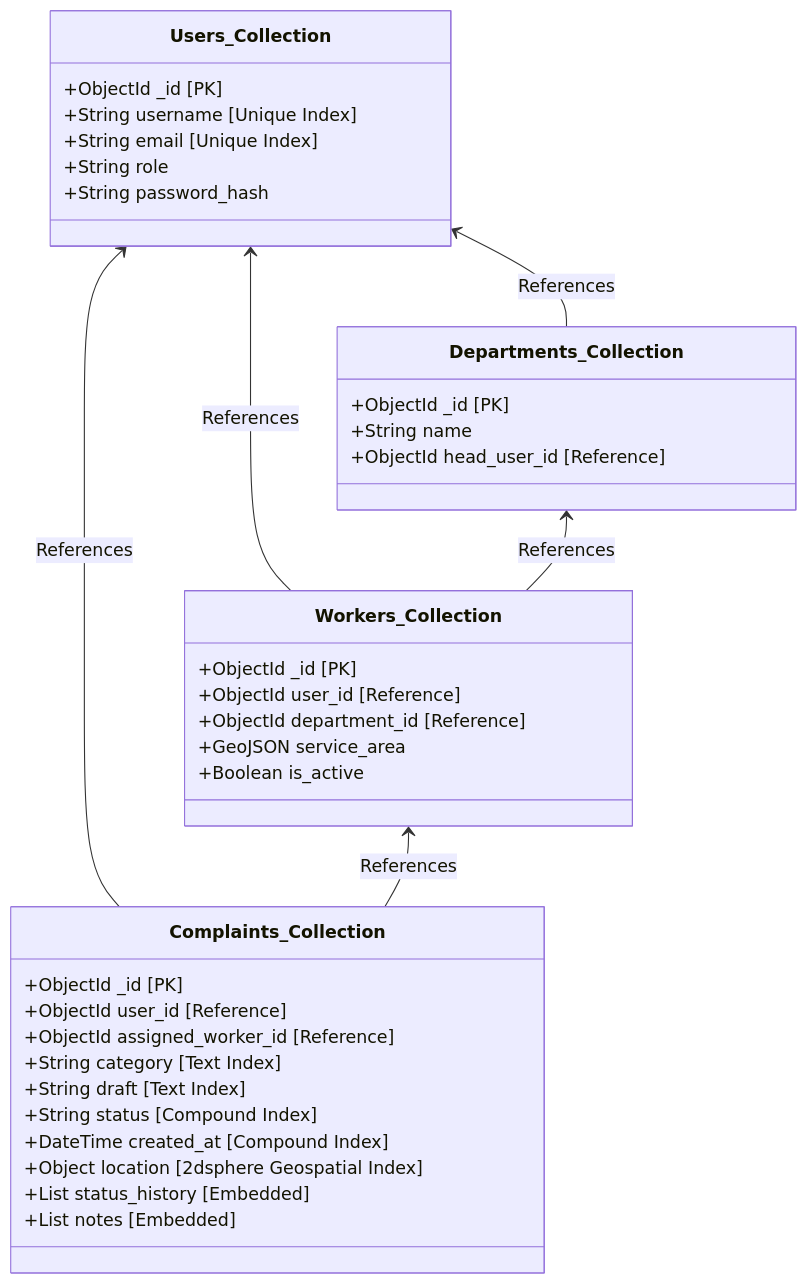
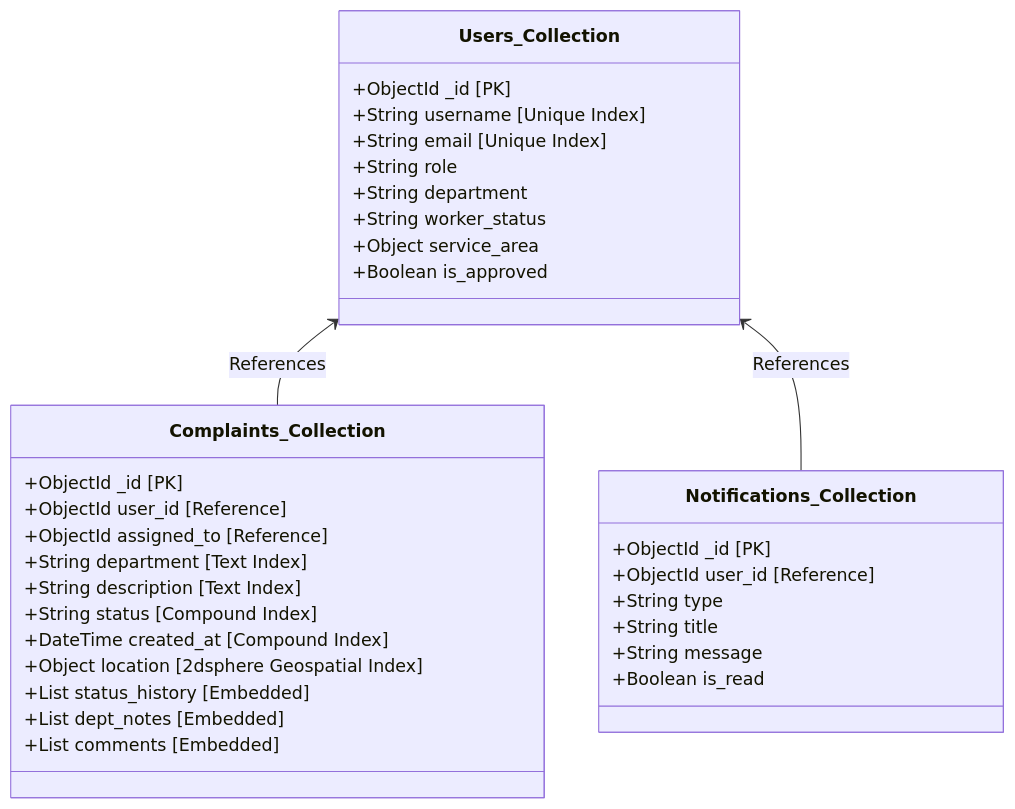
Before and after one commit to ark5234/Jan-Sunwai-AI: the tenth of 10 diagrams in docs/DIAGRAMS.md, drawn with Mermaid. The commit also changed other lines of this file and 26 other files, not shown here.

````diff
--- a/docs/DIAGRAMS.md
+++ b/docs/DIAGRAMS.md
@@ -293,40 +285,37 @@
 ```mermaid
 classDiagram
     class Users_Collection {
         +ObjectId _id [PK]
         +String username [Unique Index]
         +String email [Unique Index]
         +String role
-        +String password_hash
+        +String department
+        +String worker_status
+        +Object service_area
+        +Boolean is_approved
     }
     class Complaints_Collection {
         +ObjectId _id [PK]
         +ObjectId user_id [Reference]
-        +ObjectId assigned_worker_id [Reference]
-        +String category [Text Index]
-        +String draft [Text Index]
+        +ObjectId assigned_to [Reference]
+        +String department [Text Index]
+        +String description [Text Index]
         +String status [Compound Index]
         +DateTime created_at [Compound Index]
         +Object location [2dsphere Geospatial Index]
         +List status_history [Embedded]
-        +List notes [Embedded]
+        +List dept_notes [Embedded]
+        +List comments [Embedded]
     }
-    class Workers_Collection {
+    class Notifications_Collection {
         +ObjectId _id [PK]
         +ObjectId user_id [Reference]
-        +ObjectId department_id [Reference]
-        +GeoJSON service_area
-        +Boolean is_active
-    }
-    class Departments_Collection {
-        +ObjectId _id [PK]
-        +String name
-        +ObjectId head_user_id [Reference]
+        +String type
+        +String title
+        +String message
+        +Boolean is_read
     }
     
     Users_Collection <-- Complaints_Collection : References
-    Workers_Collection <-- Complaints_Collection : References
-    Users_Collection <-- Workers_Collection : References
-    Users_Collection <-- Departments_Collection : References
-    Departments_Collection <-- Workers_Collection : References
+    Users_Collection <-- Notifications_Collection : References
 ```
````
